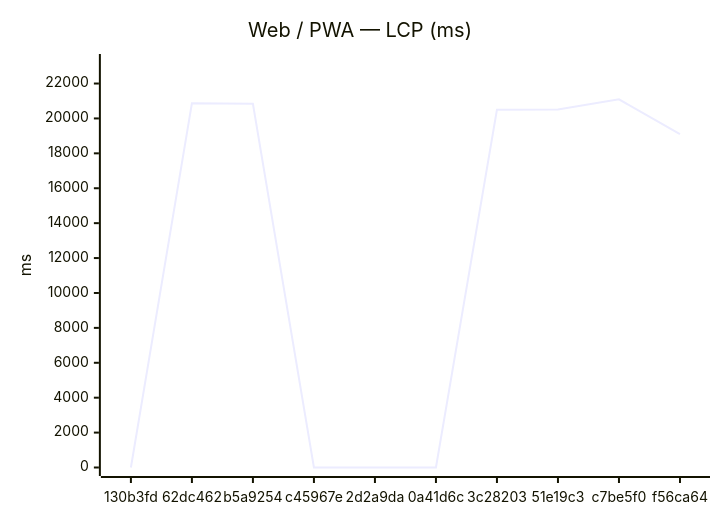
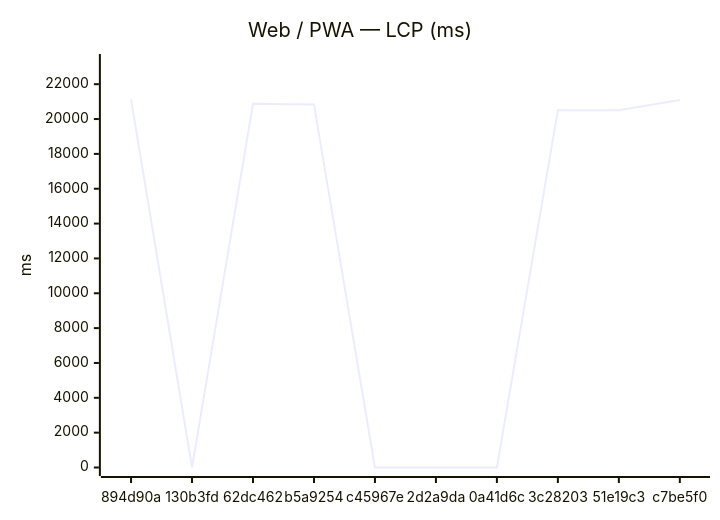
Before and after one commit to Metaheurist/Rianell: the first of 18 diagrams in benchmarks/compare.md, drawn with Mermaid. The commit also changed other lines of this file and 11 other files, not shown here.

````diff
--- a/benchmarks/compare.md
+++ b/benchmarks/compare.md
@@ -24,7 +24,7 @@
 ```mermaid
 xychart-beta
     title "Web / PWA — LCP (ms)"
-    x-axis ["130b3fd", "62dc462", "b5a9254", "c45967e", "2d2a9da", "0a41d6c", "3c28203", "51e19c3", "c7be5f0", "f56ca64"]
-    y-axis "ms" 0 --> 23205
-    line [0, 20871, 20837, 0, 0, 0, 20503, 20509, 21095, 19101]
+    x-axis ["894d90a", "130b3fd", "62dc462", "b5a9254", "c45967e", "2d2a9da", "0a41d6c", "3c28203", "51e19c3", "c7be5f0"]
+    y-axis "ms" 0 --> 23245
+    line [21131, 0, 20871, 20837, 0, 0, 0, 20503, 20509, 21095]
 ```
````
